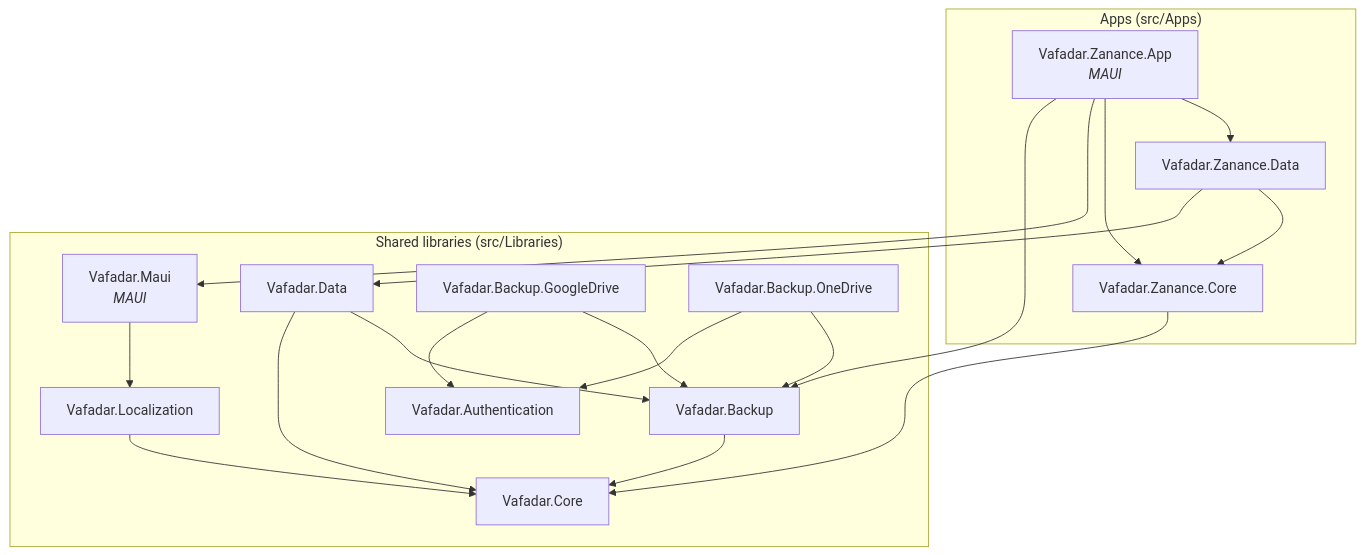
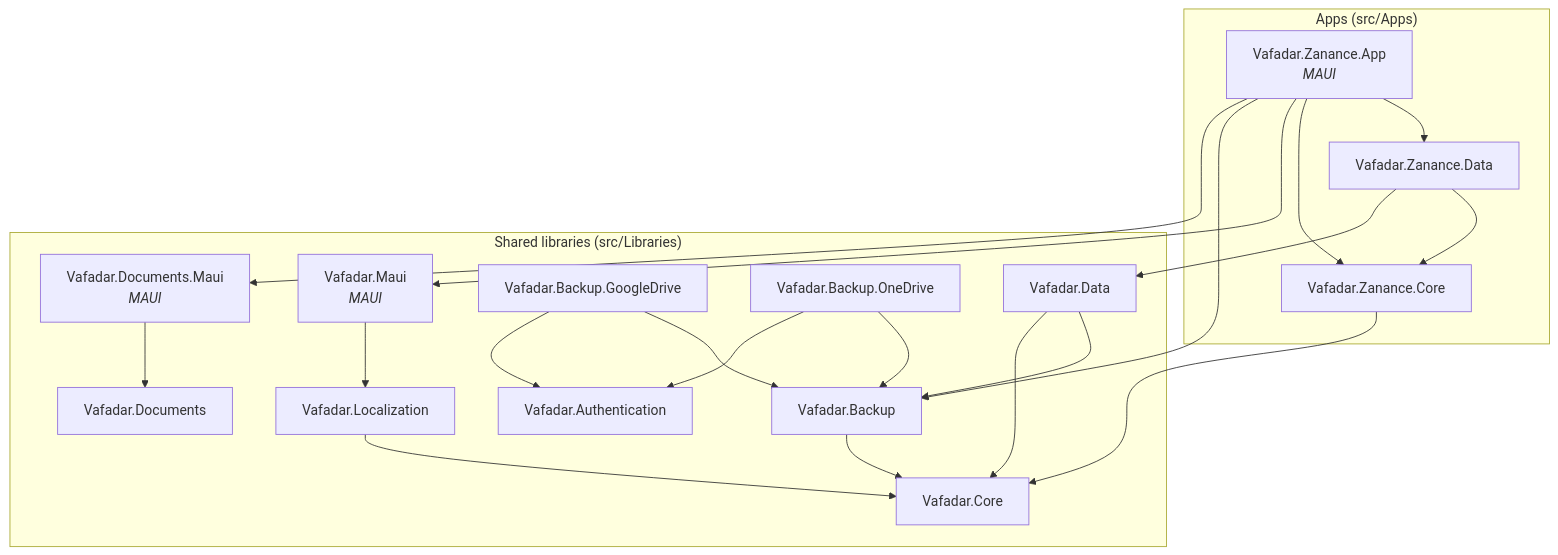
One commit to shahramvafadar/Vafadar.Apps changed the second of 2 diagrams in docs/architecture/overview.md. Above: the diagram before and after it, drawn with Mermaid. The commit also changed other lines of this file and 31 other files, not shown here.

````diff
--- a/docs/architecture/overview.md
+++ b/docs/architecture/overview.md
@@ -98,32 +100,35 @@
 ```mermaid
 flowchart TD
     subgraph apps["Apps (src/Apps)"]
         FA["Vafadar.Zanance.App<br/><i>MAUI</i>"]
         FD[Vafadar.Zanance.Data]
         FC[Vafadar.Zanance.Core]
     end
     subgraph libs["Shared libraries (src/Libraries)"]
         VM["Vafadar.Maui<br/><i>MAUI</i>"]
         VL[Vafadar.Localization]
         VD[Vafadar.Data]
         VB[Vafadar.Backup]
         GD[Vafadar.Backup.GoogleDrive]
         OD[Vafadar.Backup.OneDrive]
         VA[Vafadar.Authentication]
         VC[Vafadar.Core]
+        DM["Vafadar.Documents.Maui<br/><i>MAUI</i>"]
+        DO[Vafadar.Documents]
     end
 
     FA --> FD --> FC
     FA --> FC
     FA --> VM
     FA --> VB
+    FA --> DM --> DO
     FD --> VD
     FC --> VC
     VM --> VL --> VC
     VD --> VB --> VC
     VD --> VC
     GD --> VB
     GD --> VA
     OD --> VB
     OD --> VA
 ```
````
